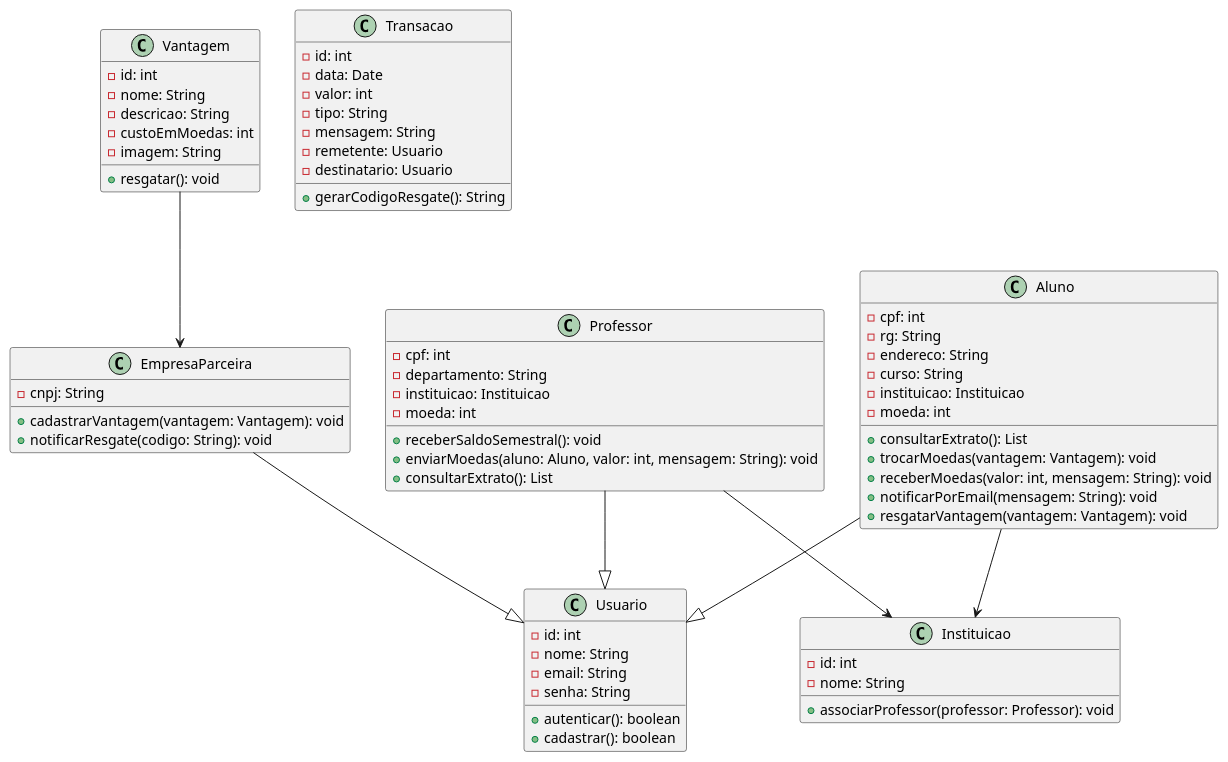
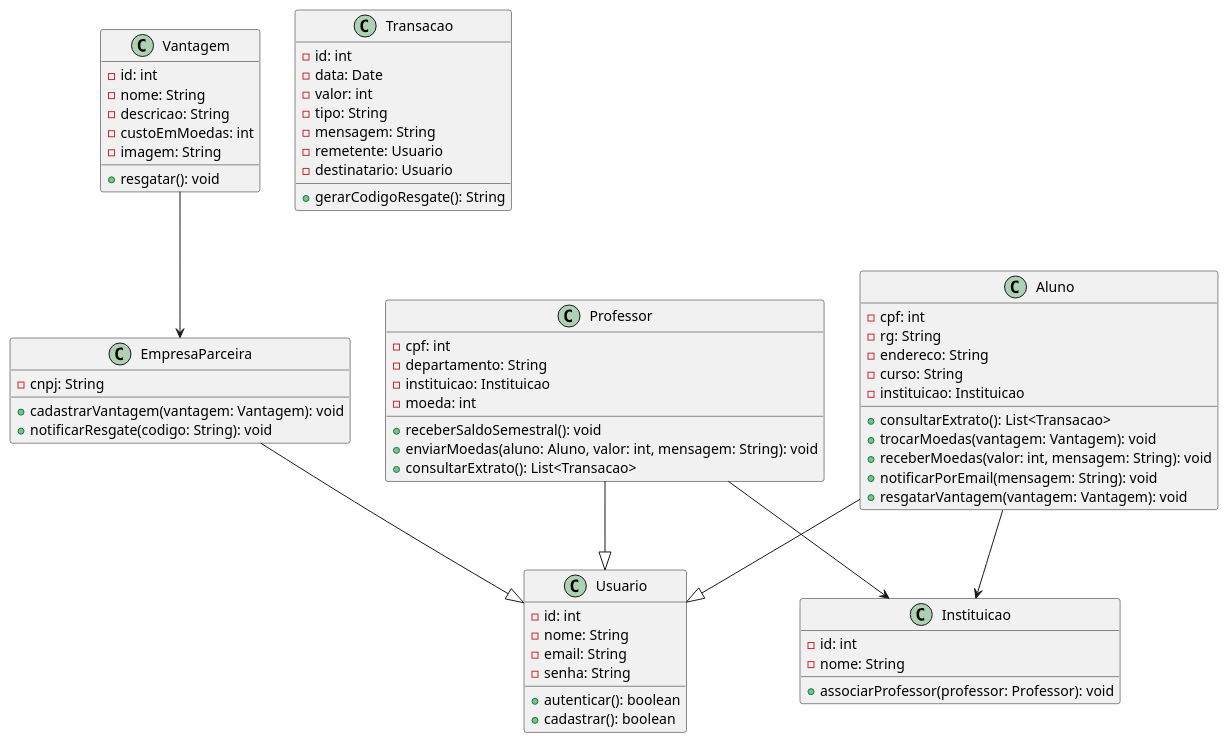
The diagram in Projeto/DiagramaDeClasse2.md (marinacabalzarr/LabDesenvolvimentoSoftware), drawn with PlantUML before and after one commit. The commit also changed 4 other files, not shown here.

```diff
--- a/Projeto/DiagramaDeClasse2.md
+++ b/Projeto/DiagramaDeClasse2.md
@@ -1,77 +1,76 @@
 @startuml
 
 class Usuario {
     - id: int
     - nome: String
     - email: String
     - senha: String
     + autenticar(): boolean
     + cadastrar(): boolean
 }
 
 class Aluno {
     - cpf: int
     - rg: String
     - endereco: String
     - curso: String
     - instituicao: Instituicao
-    - moeda: int
-    + consultarExtrato(): List
+    + consultarExtrato(): List<Transacao>
     + trocarMoedas(vantagem: Vantagem): void
     + receberMoedas(valor: int, mensagem: String): void
     + notificarPorEmail(mensagem: String): void
     + resgatarVantagem(vantagem: Vantagem): void
 }
 
 class Professor {
     - cpf: int
     - departamento: String
     - instituicao: Instituicao
     - moeda: int
     + receberSaldoSemestral(): void
     + enviarMoedas(aluno: Aluno, valor: int, mensagem: String): void
-    + consultarExtrato(): List
+    + consultarExtrato(): List<Transacao>
 }
 
 class EmpresaParceira {
     - cnpj: String
     + cadastrarVantagem(vantagem: Vantagem): void
     + notificarResgate(codigo: String): void
 }
 
 class Instituicao {
     - id: int
     - nome: String
     + associarProfessor(professor: Professor): void
 }
 
 class Vantagem {
     - id: int
     - nome: String
     - descricao: String
     - custoEmMoedas: int
     - imagem: String
     + resgatar(): void
 }
 
 class Transacao {
     - id: int
     - data: Date
     - valor: int
     - tipo: String
     - mensagem: String
     - remetente: Usuario
     - destinatario: Usuario
     + gerarCodigoResgate(): String
 }
 
-Aluno         --|> Usuario
-Professor     --|> Usuario
+Aluno --|> Usuario
+Professor --|> Usuario
 EmpresaParceira --|> Usuario
 
-Aluno         --> Instituicao
-Professor     --> Instituicao
+Aluno --> Instituicao
+Professor --> Instituicao
 
-Vantagem      --> EmpresaParceira
+Vantagem --> EmpresaParceira
 
 @enduml
```
